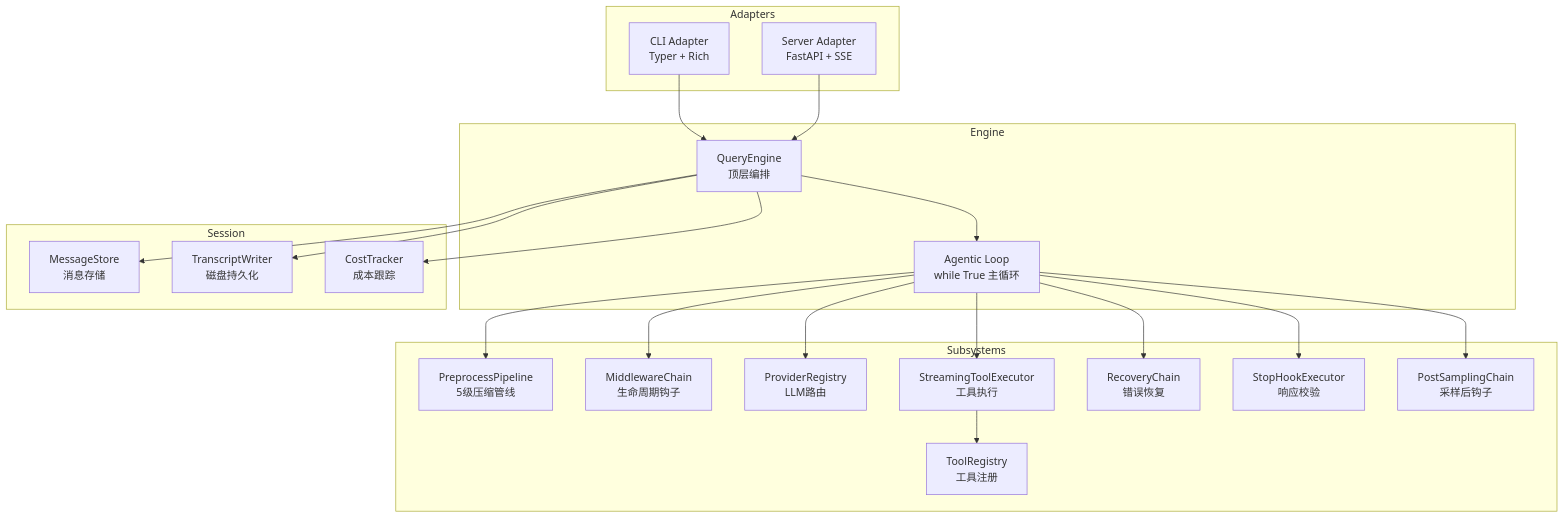
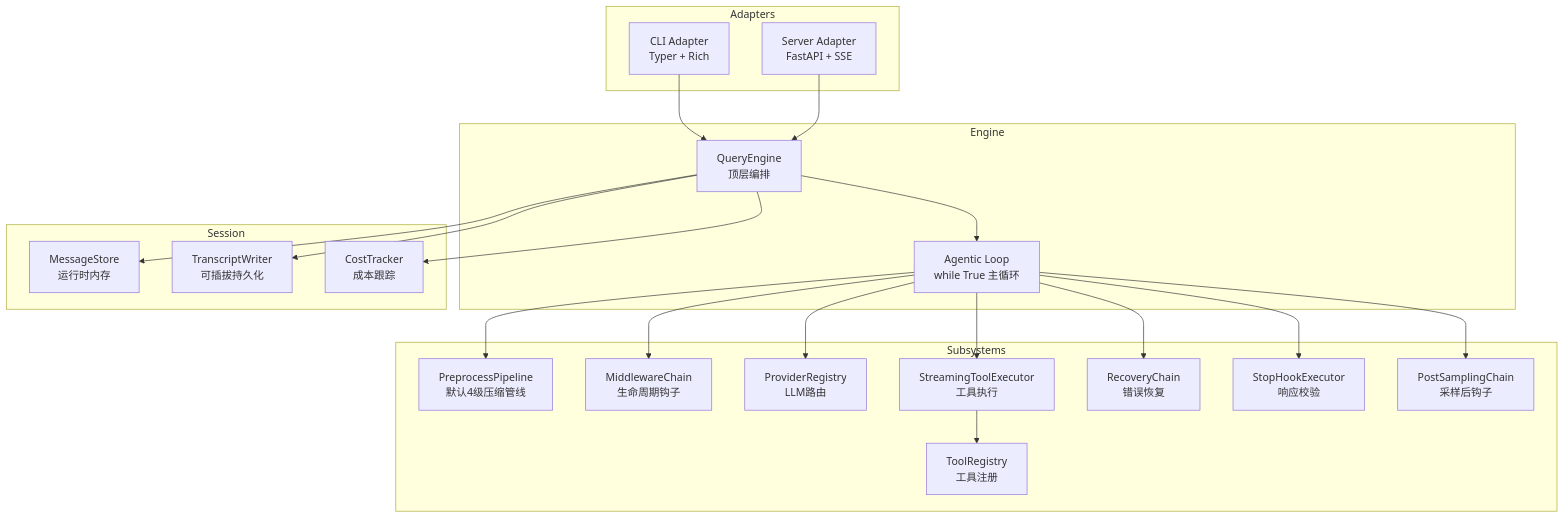
Before and after one commit to DawnOf1996/nono-agent: the first of 6 diagrams in docs/NonoAgent-Architecture.md, drawn with Mermaid. The commit also changed other lines of this file and 8 other files, not shown here.

First line of the commit message:
docs: 对齐架构与 Roadmap，新增提交规范

````diff
--- a/docs/NonoAgent-Architecture.md
+++ b/docs/NonoAgent-Architecture.md
@@ -147,44 +191,44 @@
 ```mermaid
 graph TB
     subgraph Adapters
         CLI[CLI Adapter<br/>Typer + Rich]
         Server[Server Adapter<br/>FastAPI + SSE]
     end
 
     subgraph Engine
         QE[QueryEngine<br/>顶层编排]
         AL[Agentic Loop<br/>while True 主循环]
     end
 
     subgraph Subsystems
-        PP[PreprocessPipeline<br/>5级压缩管线]
+        PP[PreprocessPipeline<br/>默认4级压缩管线]
         MW[MiddlewareChain<br/>生命周期钩子]
         PR[ProviderRegistry<br/>LLM路由]
         TR[ToolRegistry<br/>工具注册]
         TE[StreamingToolExecutor<br/>工具执行]
         RC[RecoveryChain<br/>错误恢复]
         SH[StopHookExecutor<br/>响应校验]
         PS[PostSamplingChain<br/>采样后钩子]
     end
 
     subgraph Session
-        MS[MessageStore<br/>消息存储]
-        TW[TranscriptWriter<br/>磁盘持久化]
+        MS[MessageStore<br/>运行时内存]
+        TW[TranscriptWriter<br/>可插拔持久化]
         CT[CostTracker<br/>成本跟踪]
     end
 
     CLI --> QE
     Server --> QE
     QE --> AL
     AL --> PP
     AL --> MW
     AL --> PR
     AL --> TE
     AL --> RC
     AL --> SH
     AL --> PS
     TE --> TR
     QE --> MS
     QE --> TW
     QE --> CT
 ```
````
